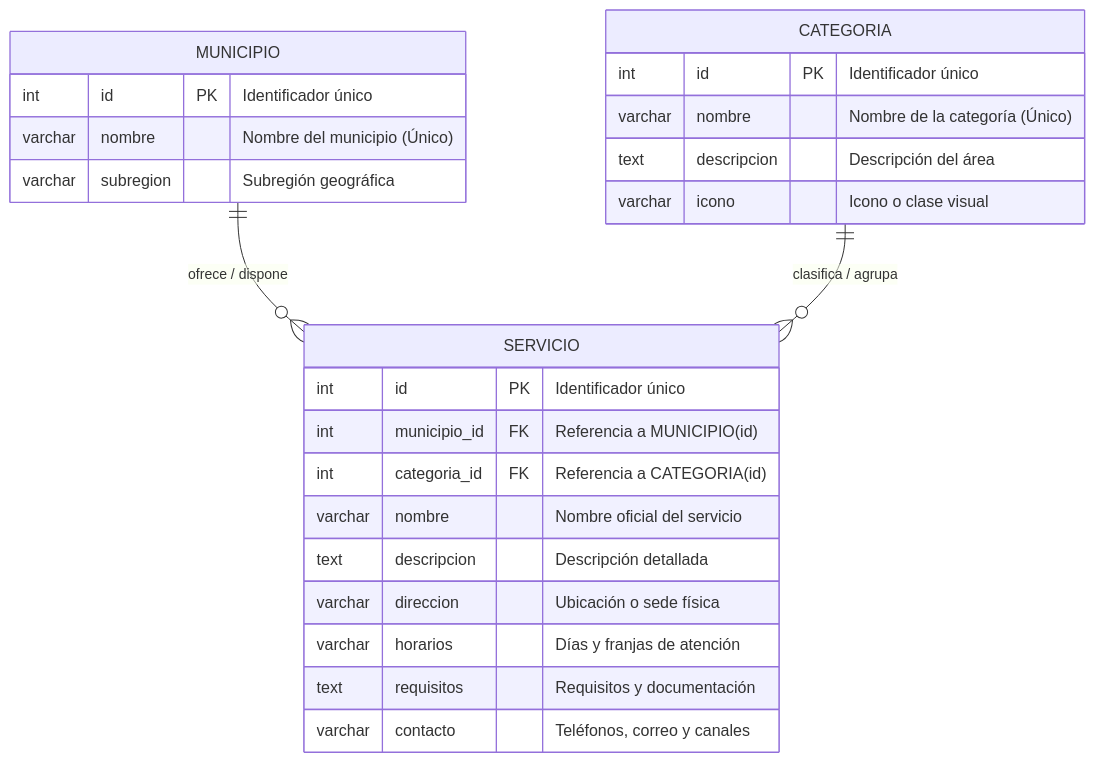
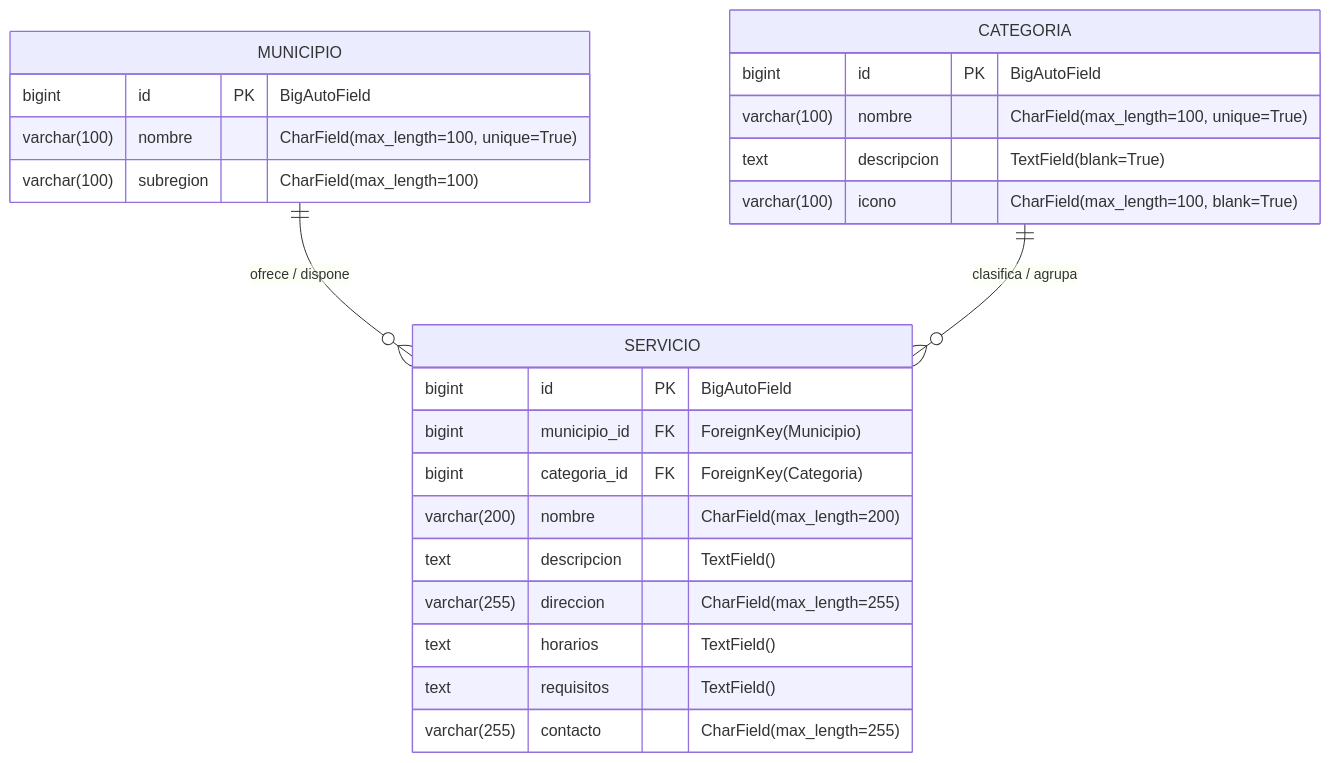
One commit to Darksam03/RuralConecta-ProyectoWeb changed the diagram in docs/base-datos/modelo-datos.md. Above: the diagram before and after it, drawn with Mermaid. The commit also changed 2 other files, not shown here.

Commit message:
Agregar diagramas de arquitectura y entidad relacion actualizados

````diff
--- a/docs/base-datos/modelo-datos.md
+++ b/docs/base-datos/modelo-datos.md
@@ -118,30 +118,30 @@
 ```mermaid
 erDiagram
     MUNICIPIO ||--o{ SERVICIO : "ofrece / dispone"
     CATEGORIA ||--o{ SERVICIO : "clasifica / agrupa"
 
     MUNICIPIO {
-        int id PK "Identificador único"
-        varchar nombre "Nombre del municipio (Único)"
-        varchar subregion "Subregión geográfica"
+        bigint id PK "BigAutoField"
+        varchar(100) nombre "CharField(max_length=100, unique=True)"
+        varchar(100) subregion "CharField(max_length=100)"
     }
 
     CATEGORIA {
-        int id PK "Identificador único"
-        varchar nombre "Nombre de la categoría (Único)"
-        text descripcion "Descripción del área"
-        varchar icono "Icono o clase visual"
+        bigint id PK "BigAutoField"
+        varchar(100) nombre "CharField(max_length=100, unique=True)"
+        text descripcion "TextField(blank=True)"
+        varchar(100) icono "CharField(max_length=100, blank=True)"
     }
 
     SERVICIO {
-        int id PK "Identificador único"
-        int municipio_id FK "Referencia a MUNICIPIO(id)"
-        int categoria_id FK "Referencia a CATEGORIA(id)"
-        varchar nombre "Nombre oficial del servicio"
-        text descripcion "Descripción detallada"
-        varchar direccion "Ubicación o sede física"
-        varchar horarios "Días y franjas de atención"
-        text requisitos "Requisitos y documentación"
-        varchar contacto "Teléfonos, correo y canales"
+        bigint id PK "BigAutoField"
+        bigint municipio_id FK "ForeignKey(Municipio)"
+        bigint categoria_id FK "ForeignKey(Categoria)"
+        varchar(200) nombre "CharField(max_length=200)"
+        text descripcion "TextField()"
+        varchar(255) direccion "CharField(max_length=255)"
+        text horarios "TextField()"
+        text requisitos "TextField()"
+        varchar(255) contacto "CharField(max_length=255)"
     }
 ```
````
